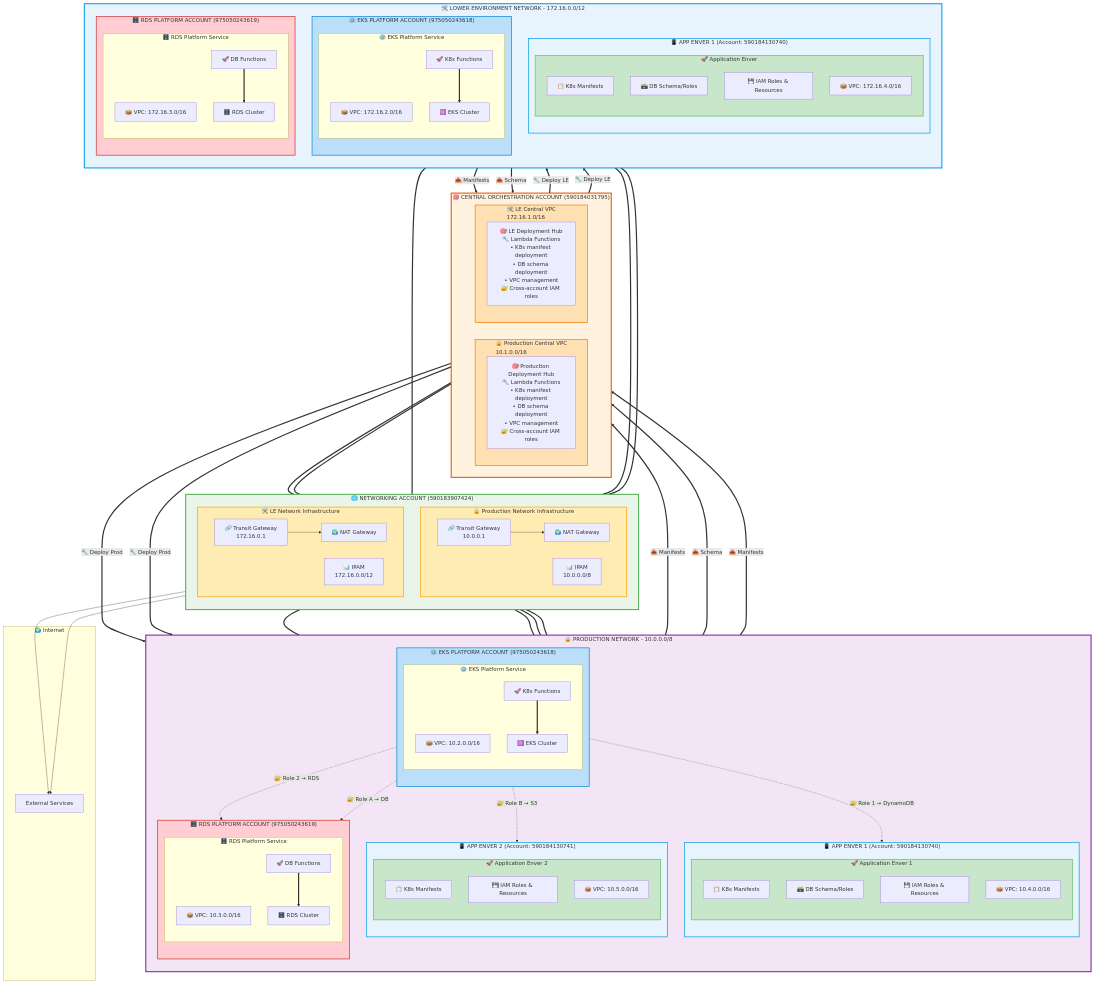
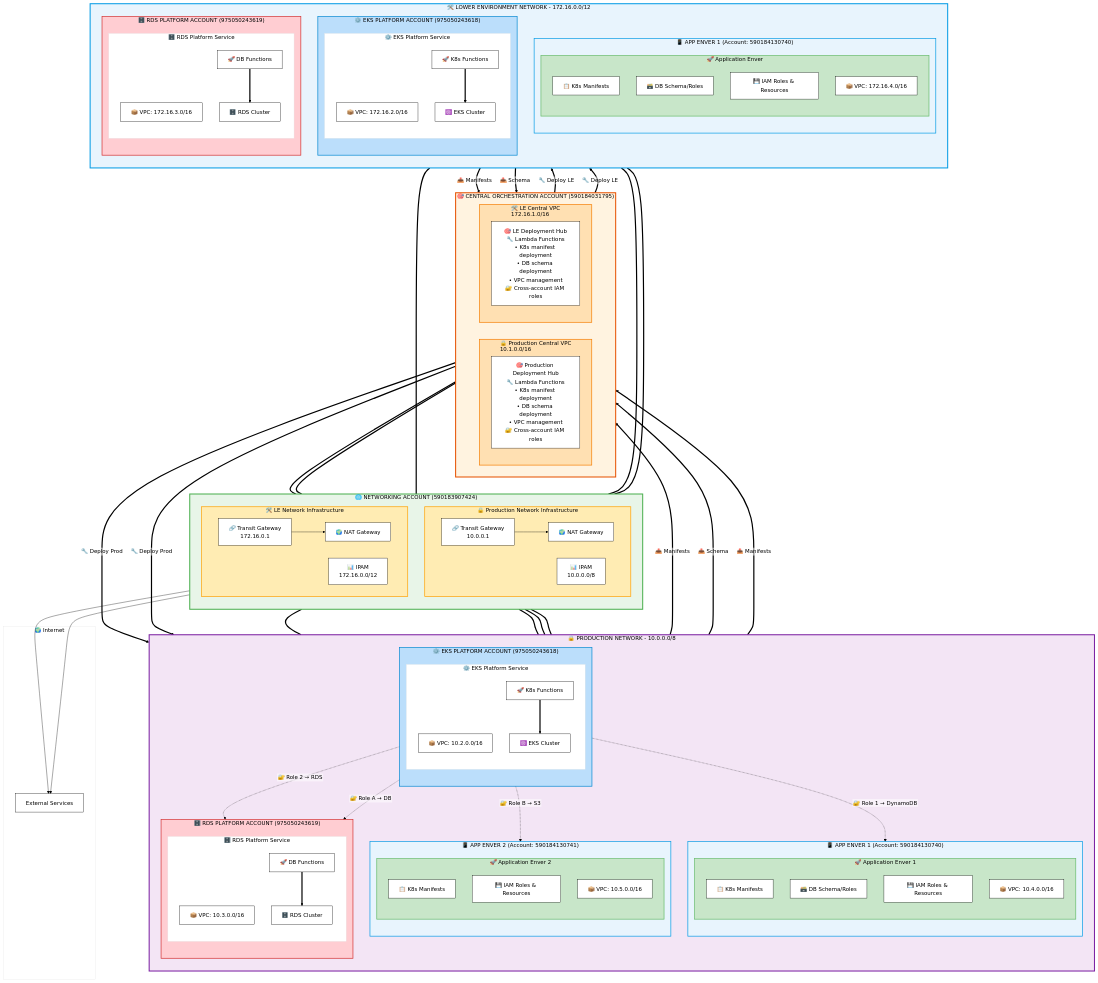
Before and after one commit to ondemandenv/ondemandenv.github.io: the diagram in diagrams/multi-account-network-architecture.mmd, drawn with Mermaid.

```diff
--- a/diagrams/multi-account-network-architecture.mmd
+++ b/diagrams/multi-account-network-architecture.mmd
@@ -1,3 +1,4 @@
+%%{init: {"flowchart": {"htmlLabels": false}, "theme": "base", "themeVariables": {"primaryColor": "#ffffff", "primaryTextColor": "#000000", "primaryBorderColor": "#000000", "lineColor": "#000000"}}}%%
 flowchart TB
     %% ========================================
     %% NETWORKING ACCOUNT - Contains Both Networks
```
